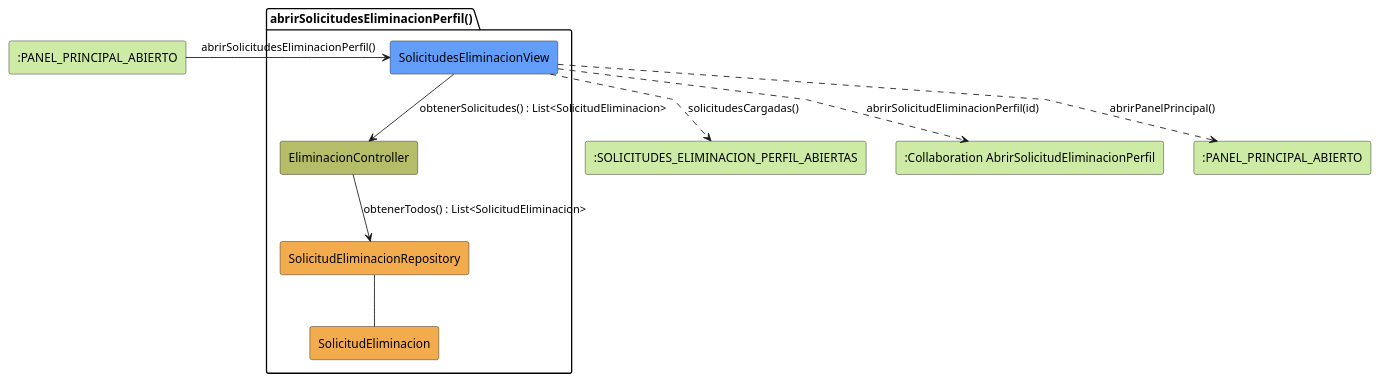
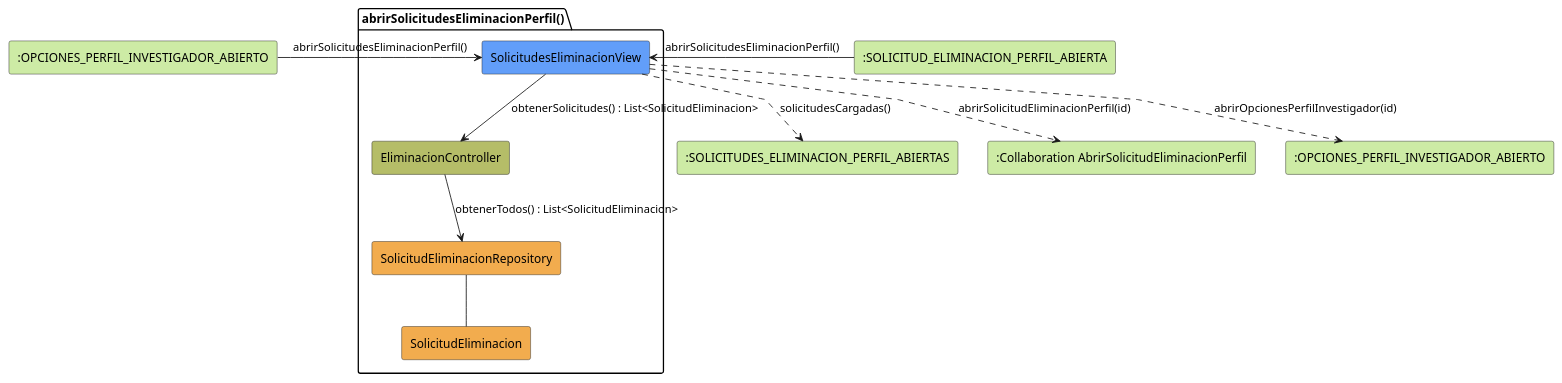
One commit to 31Diego/25-26-idsw2-sdVC changed the diagram in modelosUML/analisis/coordinador/abrirSolicitudesEliminacionPerfil.puml. Above: the diagram before and after it, drawn with PlantUML. The commit also changed 12 other files, not shown here.

Commit message:
fix: entradas secundarias faltantes en diagramas de coordinador

```diff
--- a/modelosUML/analisis/coordinador/abrirSolicitudesEliminacionPerfil.puml
+++ b/modelosUML/analisis/coordinador/abrirSolicitudesEliminacionPerfil.puml
@@ -1,29 +1,31 @@
 @startuml abrirSolicitudesEliminacionPerfil-analisis
 skinparam linetype polyline
 
-rectangle #CDEBA5 ":PANEL_PRINCIPAL_ABIERTO" as PanelPrincipal
+rectangle #CDEBA5 ":OPCIONES_PERFIL_INVESTIGADOR_ABIERTO" as OpcionesPerfilEntrada
+rectangle #CDEBA5 ":SOLICITUD_ELIMINACION_PERFIL_ABIERTA" as SolicitudAbiertoEntrada
 
 package abrirSolicitudesEliminacionPerfil as "abrirSolicitudesEliminacionPerfil()" {
     rectangle #629EF9 SolicitudesEliminacionView
     rectangle #b5bd68 EliminacionController
     rectangle #F2AC4E SolicitudEliminacionRepository
     rectangle #F2AC4E SolicitudEliminacion
 }
 
 rectangle #CDEBA5 ":SOLICITUDES_ELIMINACION_PERFIL_ABIERTAS" as SolicitudesAbiertas
 rectangle #CDEBA5 ":Collaboration AbrirSolicitudEliminacionPerfil" as ColSolicitud
-rectangle #CDEBA5 ":PANEL_PRINCIPAL_ABIERTO" as PanelSalida
+rectangle #CDEBA5 ":OPCIONES_PERFIL_INVESTIGADOR_ABIERTO" as OpcionesPerfilSalida
 
-PanelPrincipal -r-> SolicitudesEliminacionView: abrirSolicitudesEliminacionPerfil()
+OpcionesPerfilEntrada -r-> SolicitudesEliminacionView: abrirSolicitudesEliminacionPerfil()
+SolicitudAbiertoEntrada -r-> SolicitudesEliminacionView: abrirSolicitudesEliminacionPerfil()
 
 SolicitudesEliminacionView -d-> EliminacionController: obtenerSolicitudes() : List<SolicitudEliminacion>
 
 EliminacionController --> SolicitudEliminacionRepository: obtenerTodos() : List<SolicitudEliminacion>
 
 SolicitudEliminacionRepository -- SolicitudEliminacion
 
 SolicitudesEliminacionView ..> SolicitudesAbiertas: solicitudesCargadas()
 SolicitudesEliminacionView ..> ColSolicitud: abrirSolicitudEliminacionPerfil(id)
-SolicitudesEliminacionView ..> PanelSalida: abrirPanelPrincipal()
+SolicitudesEliminacionView ..> OpcionesPerfilSalida: abrirOpcionesPerfilInvestigador(id)
 
 @enduml
```
